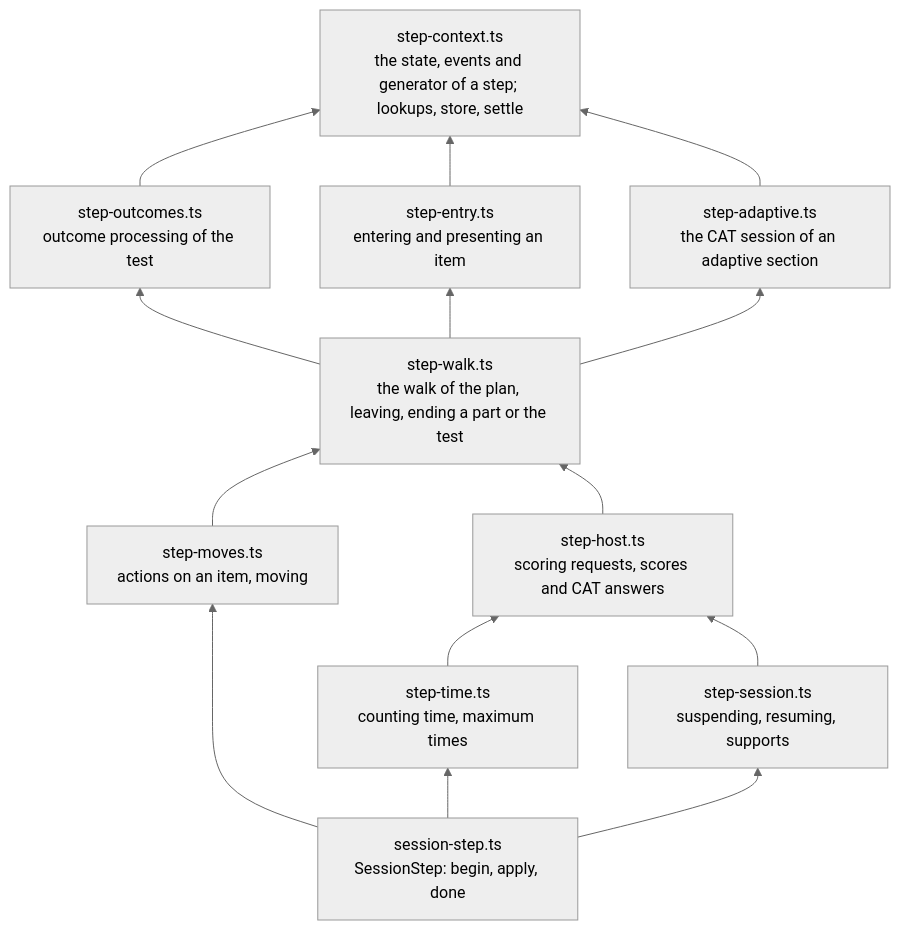
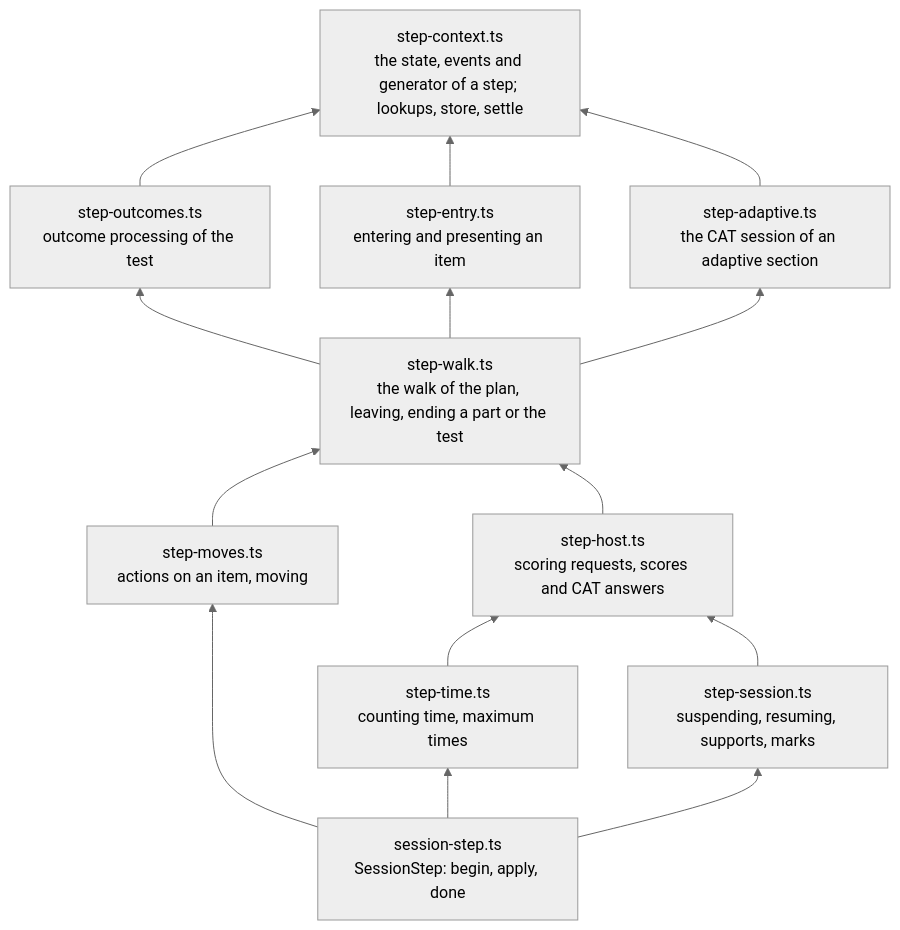
The eighth of 8 diagrams in docs/runtime/delivery.md (assesskit/assesskit), drawn with Mermaid (neutral theme) before and after one commit. The commit also changed other lines of this file and 33 other files, not shown here.

````diff
--- a/docs/runtime/delivery.md
+++ b/docs/runtime/delivery.md
@@ -1517,13 +1524,13 @@
 ```mermaid
 flowchart BT
   context["step-context.ts<br/>the state, events and generator of a step; lookups, store, settle"]
   outcomes["step-outcomes.ts<br/>outcome processing of the test"] --> context
   entry["step-entry.ts<br/>entering and presenting an item"] --> context
   adaptive["step-adaptive.ts<br/>the CAT session of an adaptive section"] --> context
   walk["step-walk.ts<br/>the walk of the plan, leaving, ending a part or the test"] --> entry & adaptive & outcomes
   moves["step-moves.ts<br/>actions on an item, moving"] --> walk
   host["step-host.ts<br/>scoring requests, scores and CAT answers"] --> walk
   time["step-time.ts<br/>counting time, maximum times"] --> host
-  session["step-session.ts<br/>suspending, resuming, supports"] --> host
+  session["step-session.ts<br/>suspending, resuming, supports, marks"] --> host
   shell["session-step.ts<br/>SessionStep: begin, apply, done"] --> moves & time & session
 ```
````
